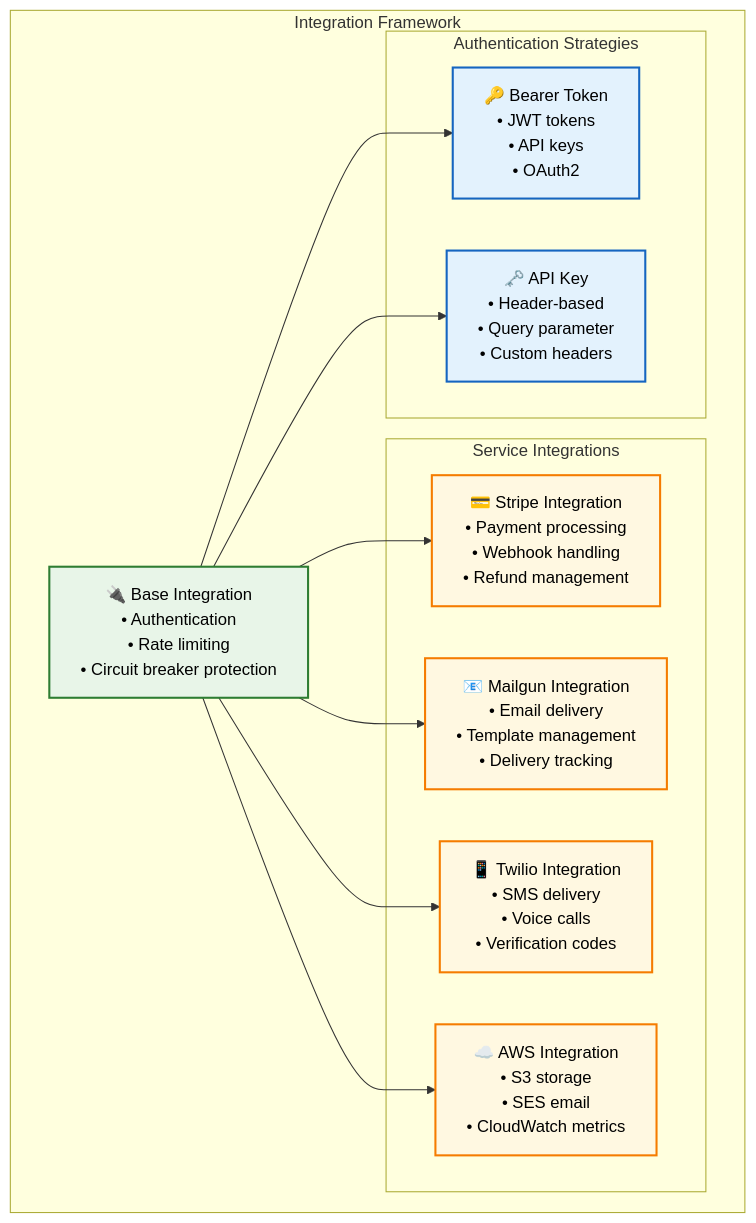
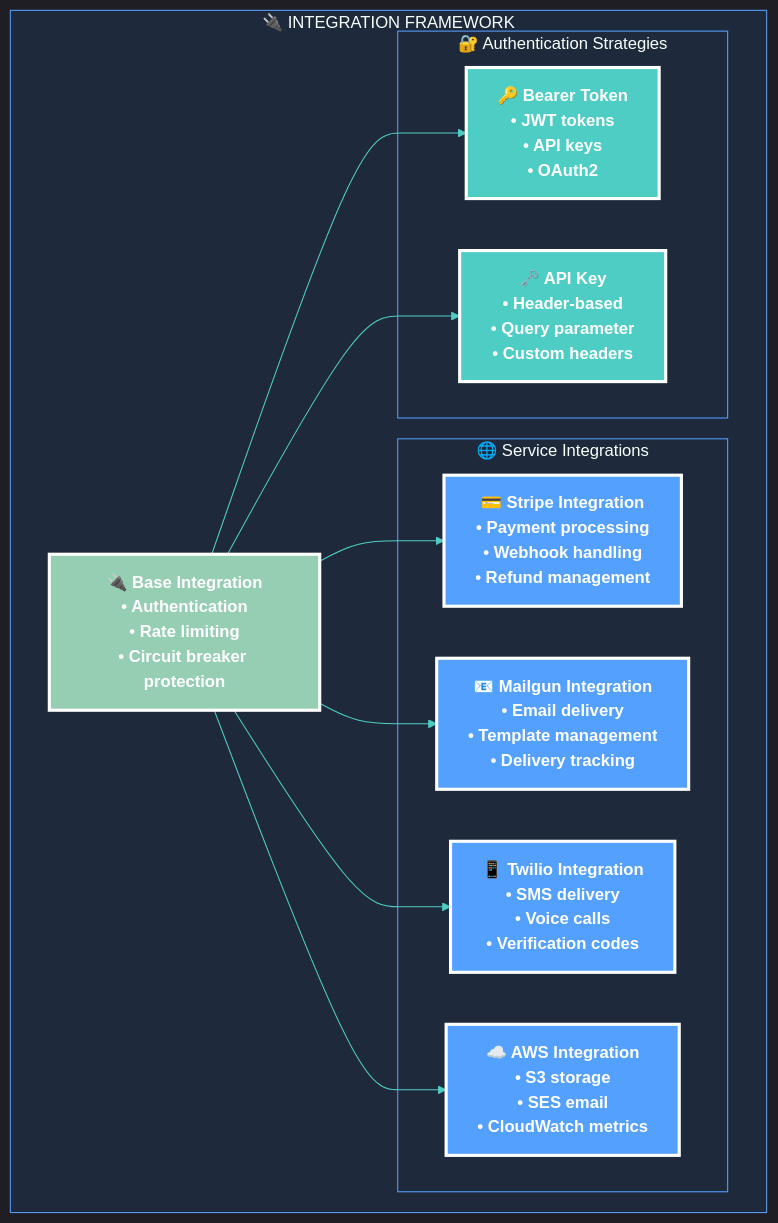
The fifth of 8 diagrams in diagrams/microservices-architecture.md (abdoElHodaky/larvrevrstender), drawn with Mermaid before and after one commit. The commit also changed other lines of this file and 1 other file, not shown here.

First line of the commit message:
feat: Redesign microservices and workflow diagrams with distinguished eye-catching styling

````diff
--- a/diagrams/microservices-architecture.md
+++ b/diagrams/microservices-architecture.md
@@ -227,34 +295,50 @@
 ```mermaid
+%%{init: {
+  'theme': 'dark',
+  'themeVariables': {
+    'primaryColor': '#54A0FF',
+    'primaryTextColor': '#FFFFFF',
+    'primaryBorderColor': '#7BB3FF',
+    'lineColor': '#4ECDC4',
+    'background': '#0F172A',
+    'mainBkg': '#1E293B',
+    'clusterBkg': '#1E293B',
+    'clusterBorder': '#54A0FF',
+    'nodeTextColor': '#FFFFFF',
+    'edgeColor': '#4ECDC4'
+  }
+}}%%
+
 graph TB
-    subgraph "Integration Framework"
+    subgraph "🔌 INTEGRATION FRAMEWORK"
         BASE_INT[🔌 Base Integration<br/>• Authentication<br/>• Rate limiting<br/>• Circuit breaker protection]
         
-        subgraph "Service Integrations"
+        subgraph "🌐 Service Integrations"
             STRIPE_INT[💳 Stripe Integration<br/>• Payment processing<br/>• Webhook handling<br/>• Refund management]
             MAILGUN_INT[📧 Mailgun Integration<br/>• Email delivery<br/>• Template management<br/>• Delivery tracking]
             TWILIO_INT[📱 Twilio Integration<br/>• SMS delivery<br/>• Voice calls<br/>• Verification codes]
             AWS_INT[☁️ AWS Integration<br/>• S3 storage<br/>• SES email<br/>• CloudWatch metrics]
         end
         
-        subgraph "Authentication Strategies"
+        subgraph "🔐 Authentication Strategies"
             BEARER[🔑 Bearer Token<br/>• JWT tokens<br/>• API keys<br/>• OAuth2]
             API_KEY[🗝️ API Key<br/>• Header-based<br/>• Query parameter<br/>• Custom headers]
         end
     end
 
     BASE_INT --> STRIPE_INT
     BASE_INT --> MAILGUN_INT
     BASE_INT --> TWILIO_INT
     BASE_INT --> AWS_INT
     
     BASE_INT --> BEARER
     BASE_INT --> API_KEY
 
-    classDef integrationStyle fill:#e8f5e8,stroke:#2e7d32,stroke-width:2px,color:#000
-    classDef serviceStyle fill:#fff8e1,stroke:#f57c00,stroke-width:2px,color:#000
-    classDef authStyle fill:#e3f2fd,stroke:#1565c0,stroke-width:2px,color:#000
+    classDef integrationStyle fill:#96CEB4,stroke:#FFFFFF,stroke-width:3px,color:#FFFFFF,font-weight:bold
+    classDef serviceStyle fill:#54A0FF,stroke:#FFFFFF,stroke-width:3px,color:#FFFFFF,font-weight:bold
+    classDef authStyle fill:#4ECDC4,stroke:#FFFFFF,stroke-width:3px,color:#FFFFFF,font-weight:bold
     
     class BASE_INT integrationStyle
     class STRIPE_INT,MAILGUN_INT,TWILIO_INT,AWS_INT serviceStyle
     class BEARER,API_KEY authStyle
 ```
````
